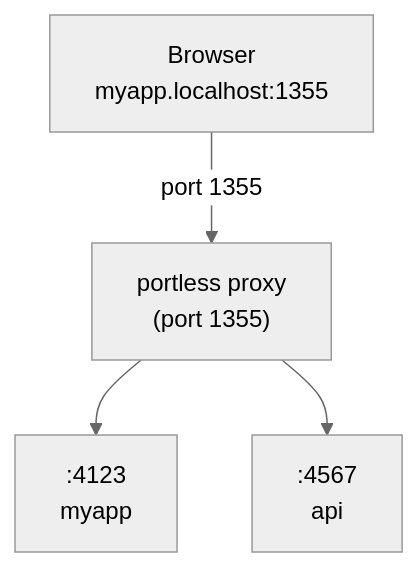
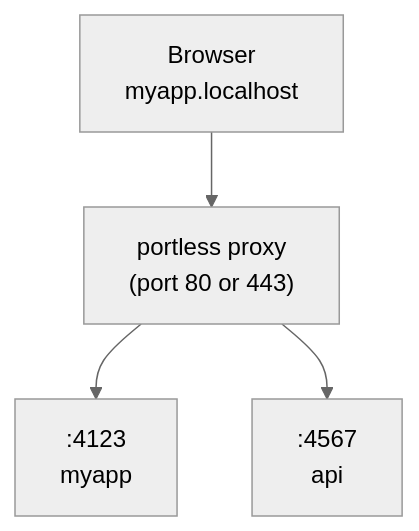
One commit to dombano/portless changed the diagram in README.md. Above: the diagram before and after it, drawn with Mermaid (neutral theme). The commit also changed other lines of this file and 8 other files, not shown here.

````diff
--- a/README.md
+++ b/README.md
@@ -94,11 +94,11 @@
 ```mermaid
 flowchart TD
-    Browser["Browser<br>myapp.localhost:1355"]
-    Proxy["portless proxy<br>(port 1355)"]
+    Browser["Browser<br>myapp.localhost"]
+    Proxy["portless proxy<br>(port 80 or 443)"]
     App1[":4123<br>myapp"]
     App2[":4567<br>api"]
 
-    Browser -->|port 1355| Proxy
+    Browser --> Proxy
     Proxy --> App1
     Proxy --> App2
 ```
````
